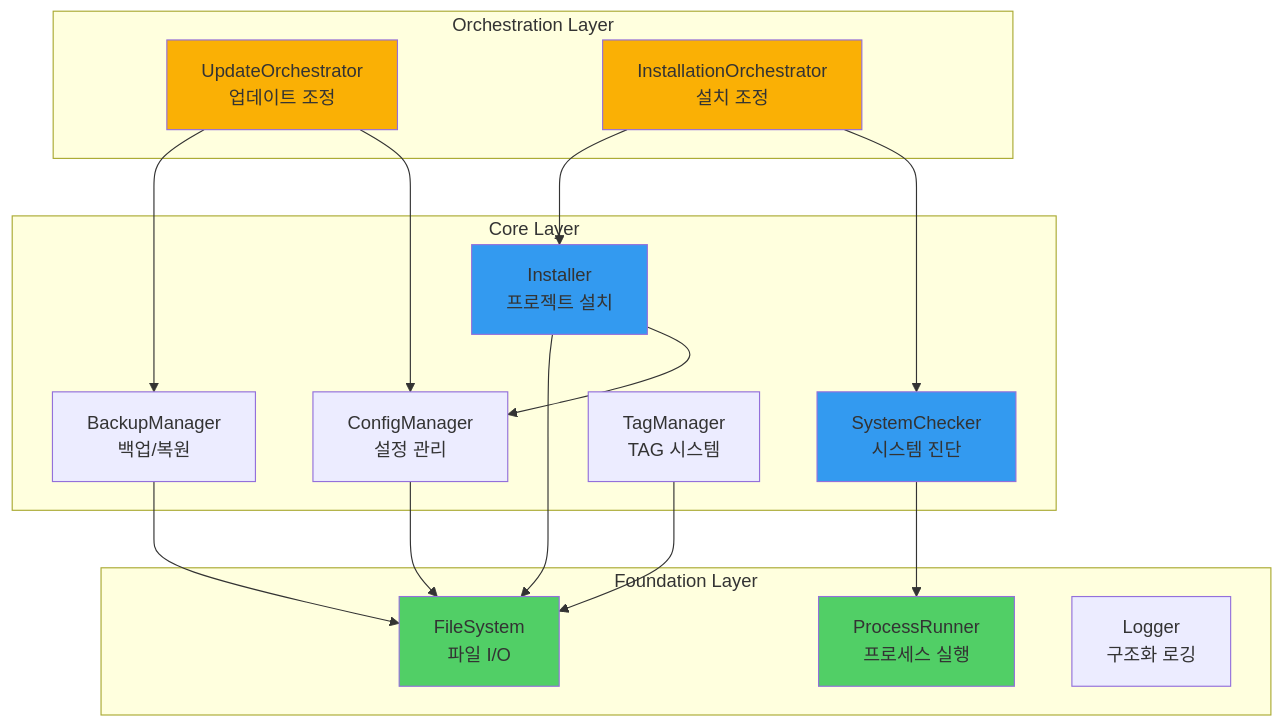
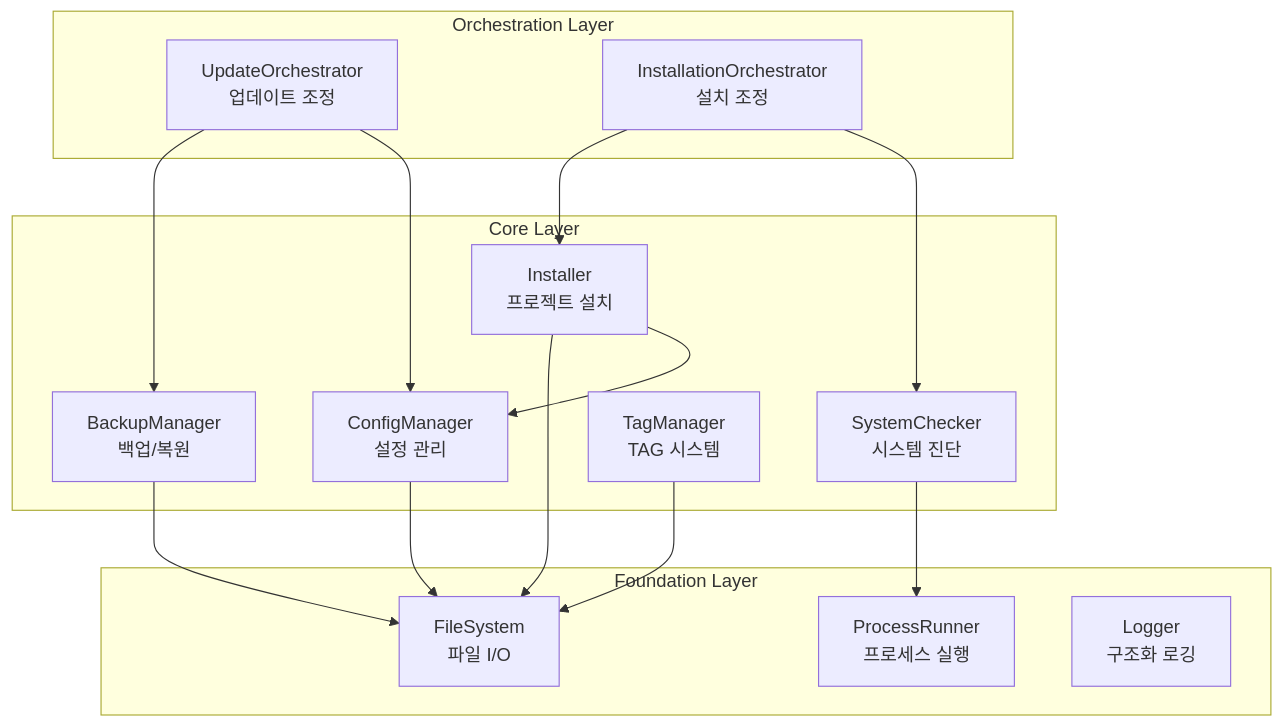
The first of 9 diagrams in docs/reference/core-modules.md (modu-ai/moai-adk), drawn with Mermaid before and after one commit. The commit also changed other lines of this file and 299 other files, not shown here.

First line of the commit message:
🎨 feat: Mermaid 다크/라이트 테마 대응 + trust-checker 통합

````diff
--- a/docs/reference/core-modules.md
+++ b/docs/reference/core-modules.md
@@ -30,40 +30,34 @@
 ```mermaid
 graph TB
     subgraph "Orchestration Layer"
         UpdateOrchestrator[UpdateOrchestrator<br/>업데이트 조정]
         InstallationOrchestrator[InstallationOrchestrator<br/>설치 조정]
     end
 
     subgraph "Core Layer"
         Installer[Installer<br/>프로젝트 설치]
         SystemChecker[SystemChecker<br/>시스템 진단]
         ConfigManager[ConfigManager<br/>설정 관리]
         BackupManager[BackupManager<br/>백업/복원]
         TagManager[TagManager<br/>TAG 시스템]
     end
 
     subgraph "Foundation Layer"
         FileSystem[FileSystem<br/>파일 I/O]
         ProcessRunner[ProcessRunner<br/>프로세스 실행]
         Logger[Logger<br/>구조화 로깅]
     end
 
     UpdateOrchestrator --> BackupManager
     UpdateOrchestrator --> ConfigManager
     InstallationOrchestrator --> Installer
     InstallationOrchestrator --> SystemChecker
 
     Installer --> FileSystem
     Installer --> ConfigManager
     SystemChecker --> ProcessRunner
     BackupManager --> FileSystem
     ConfigManager --> FileSystem
     TagManager --> FileSystem
 
-    style UpdateOrchestrator fill:#fab005
-    style InstallationOrchestrator fill:#fab005
-    style Installer fill:#339af0
-    style SystemChecker fill:#339af0
-    style FileSystem fill:#51cf66
-    style ProcessRunner fill:#51cf66
 ```
````
